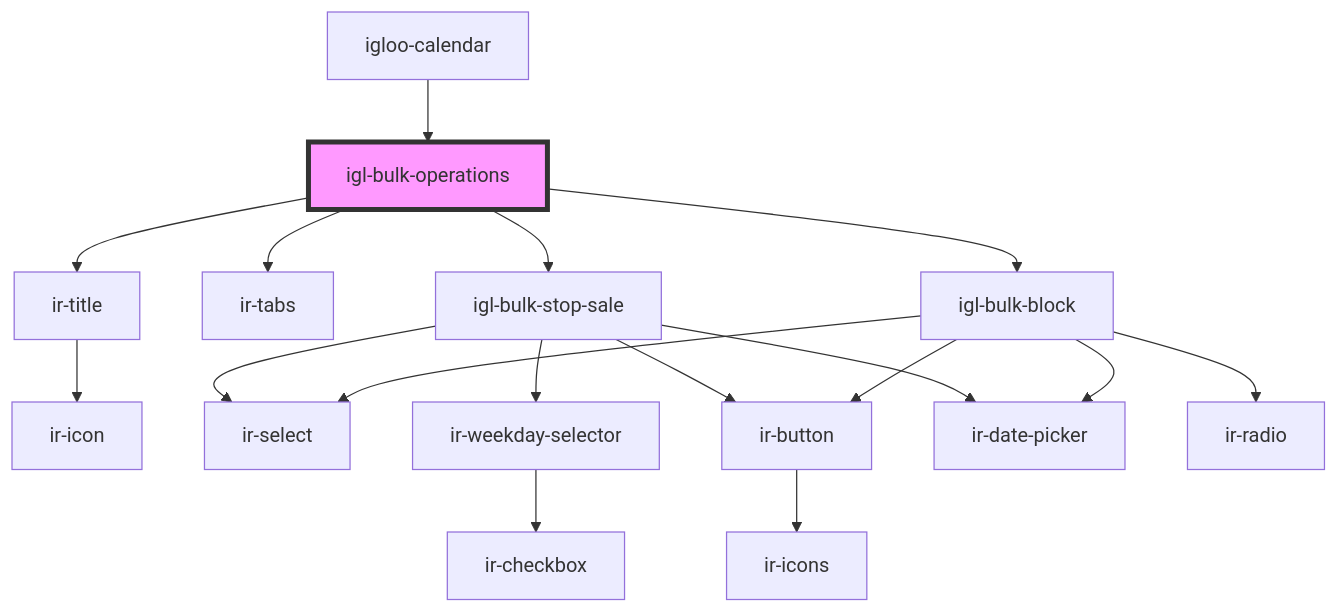
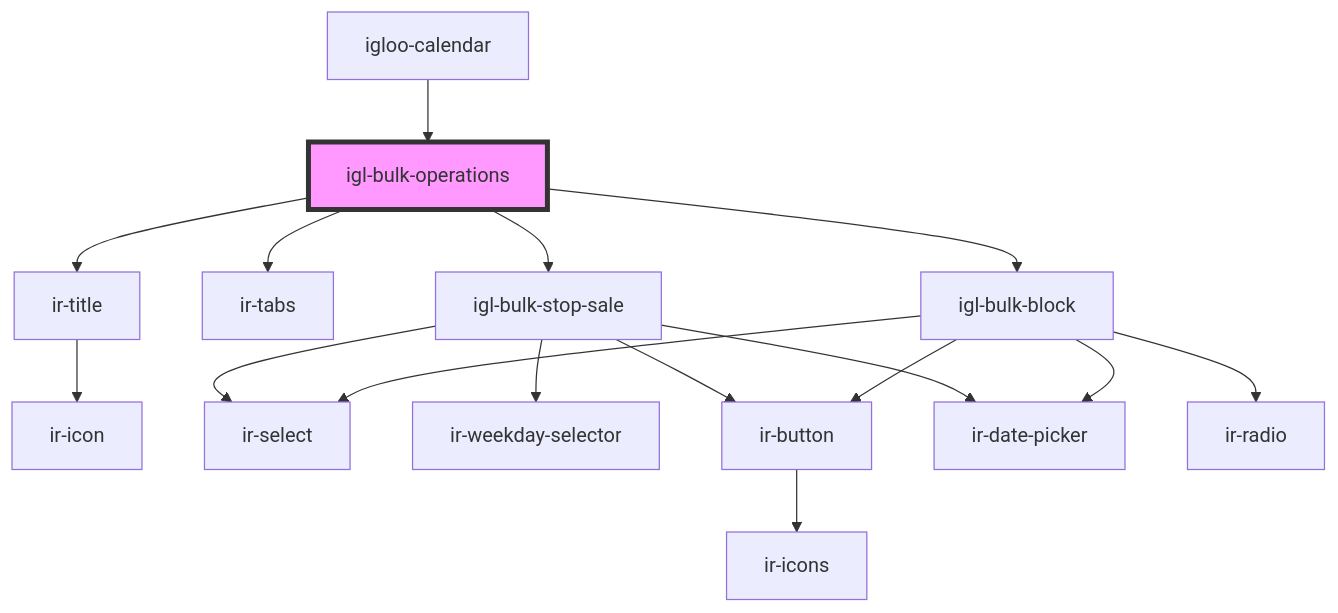
The diagram in src/components/igloo-calendar/igl-bulk-operations/readme.md (David1Chowaifaty/modified-ir-webcmp), drawn with Mermaid before and after one commit. The commit also changed 41 other files, not shown here.

````diff
--- a/src/components/igloo-calendar/igl-bulk-operations/readme.md
+++ b/src/components/igloo-calendar/igl-bulk-operations/readme.md
@@ -38,20 +38,19 @@
 ```mermaid
 graph TD;
   igl-bulk-operations --> ir-title
   igl-bulk-operations --> ir-tabs
   igl-bulk-operations --> igl-bulk-stop-sale
   igl-bulk-operations --> igl-bulk-block
   ir-title --> ir-icon
   igl-bulk-stop-sale --> ir-select
   igl-bulk-stop-sale --> ir-weekday-selector
   igl-bulk-stop-sale --> ir-button
   igl-bulk-stop-sale --> ir-date-picker
-  ir-weekday-selector --> ir-checkbox
   ir-button --> ir-icons
   igl-bulk-block --> ir-select
   igl-bulk-block --> ir-radio
   igl-bulk-block --> ir-button
   igl-bulk-block --> ir-date-picker
   igloo-calendar --> igl-bulk-operations
   style igl-bulk-operations fill:#f9f,stroke:#333,stroke-width:4px
 ```
````
